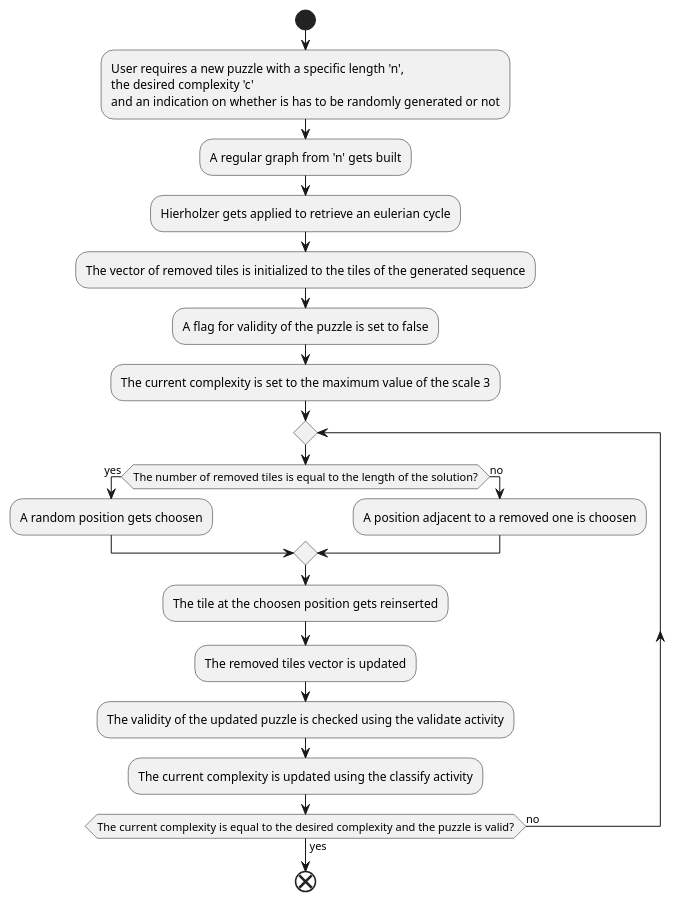
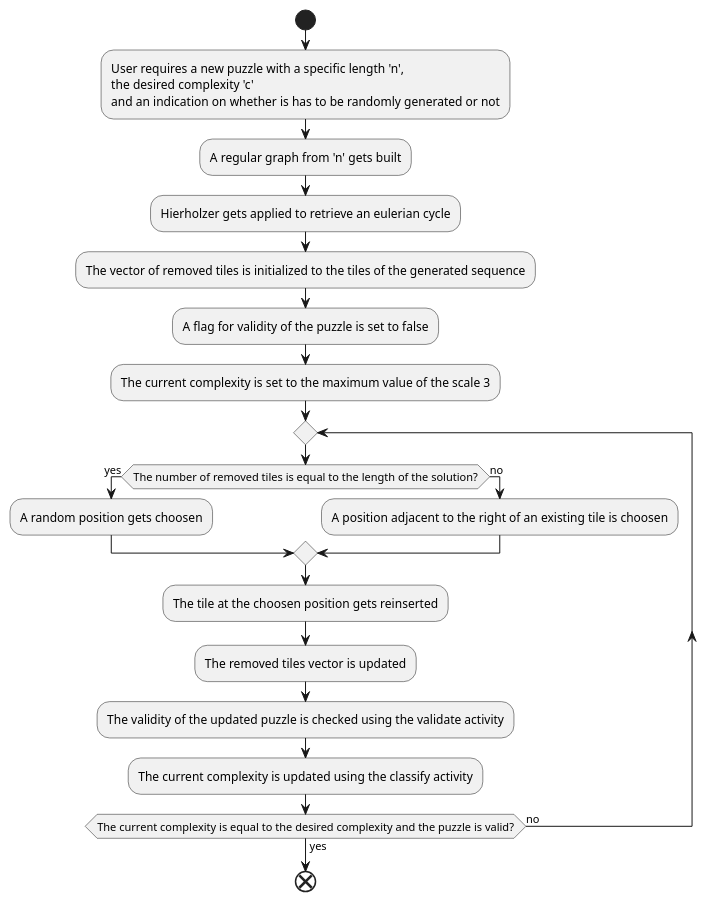
The diagram in plant_uml/generate_valid_activity.puml (DominoOrg/domino-core), drawn with PlantUML before and after one commit. The commit also changed 9 other files, not shown here.

Commit message:
Refactor to make more functional an side effect resistant the core functions + first implementation of the new generate_valid_puzzle + plantuml docs update

```diff
--- a/plant_uml/generate_valid_activity.puml
+++ b/plant_uml/generate_valid_activity.puml
@@ -1,28 +1,28 @@
 @startuml generate_activity
 start
 
 :User requires a new puzzle with a specific length 'n',
 the desired complexity 'c'
 and an indication on whether is has to be randomly generated or not;
 
 :A regular graph from 'n' gets built;
 
 :Hierholzer gets applied to retrieve an eulerian cycle;
 
 :The vector of removed tiles is initialized to the tiles of the generated sequence;
 :A flag for validity of the puzzle is set to false;
 :The current complexity is set to the maximum value of the scale 3;
 
 repeat
     if (The number of removed tiles is equal to the length of the solution?) is (yes) then
       :A random position gets choosen;
     else (no)
-      :A position adjacent to a removed one is choosen;
+      :A position adjacent to the right of an existing tile is choosen;
     endif
     :The tile at the choosen position gets reinserted;
     :The removed tiles vector is updated;
     :The validity of the updated puzzle is checked using the validate activity;
     :The current complexity is updated using the classify activity;
 repeat while (The current complexity is equal to the desired complexity and the puzzle is valid?) is (no) not (yes)
 end
 @enduml
```
